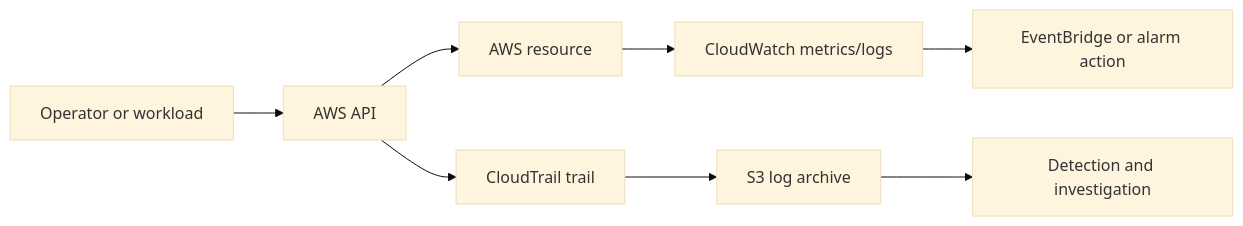
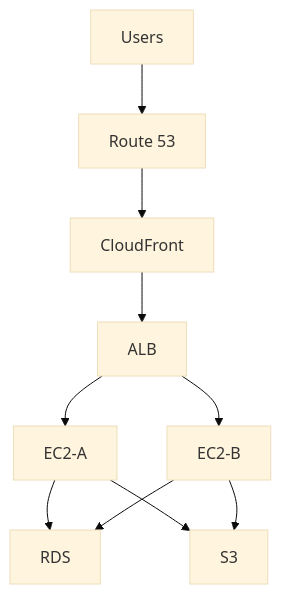
The sixth of 6 diagrams in README.md (prakash16126/AWS-Documentation), drawn with Mermaid (base theme) before and after one commit. The commit also changed other lines of this file, not shown here.

````diff
--- a/README.md
+++ b/README.md
@@ -1180,10 +927,12 @@
 ```mermaid
-flowchart LR
-    Operator[Operator or workload] --> API[AWS API]
-    API --> Resource[AWS resource]
-    API --> Trail[CloudTrail trail]
-    Trail --> Log[S3 log archive]
-    Log --> Alert[Detection and investigation]
-    Resource --> CW[CloudWatch metrics/logs]
-    CW --> EB[EventBridge or alarm action]
+flowchart TD
+    Users[Users] --> DNS[Route 53]
+    DNS --> CF[CloudFront]
+    CF --> ALB[ALB]
+    ALB --> A[EC2-A]
+    ALB --> B[EC2-B]
+    A --> RDS[RDS]
+    B --> RDS
+    A --> S3[S3]
+    B --> S3
 ```
````
